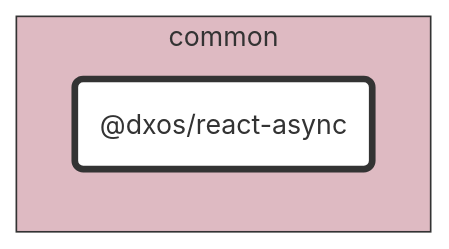
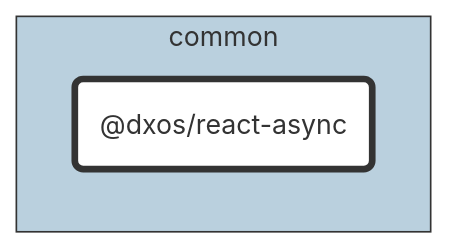
One commit to dxos/dxos changed the diagram in packages/common/react-async/docs/README.md. Above: the diagram before and after it, drawn with Mermaid. The commit also changed 86 other files, not shown here.

````diff
--- a/packages/common/react-async/docs/README.md
+++ b/packages/common/react-async/docs/README.md
@@ -7,20 +7,20 @@
 ```mermaid
 %%{ init: {'flowchart':{'curve':'basis'}} }%%
 
 flowchart LR
 
 %% Classes
 classDef def fill:#fff,stroke:#333,stroke-width:1px
 classDef root fill:#fff,stroke:#333,stroke-width:4px
 
 %% Nodes
 
 subgraph common [common]
-  style common fill:#debac2,stroke:#333
+  style common fill:#bad0de,stroke:#333
   dxos/react-async("@dxos/react-async"):::root
   click dxos/react-async "dxos/dxos/tree/main/packages/common/react-async/docs"
 end
 
 %% Links
 linkStyle default stroke:#333,stroke-width:1px
 ```
````
